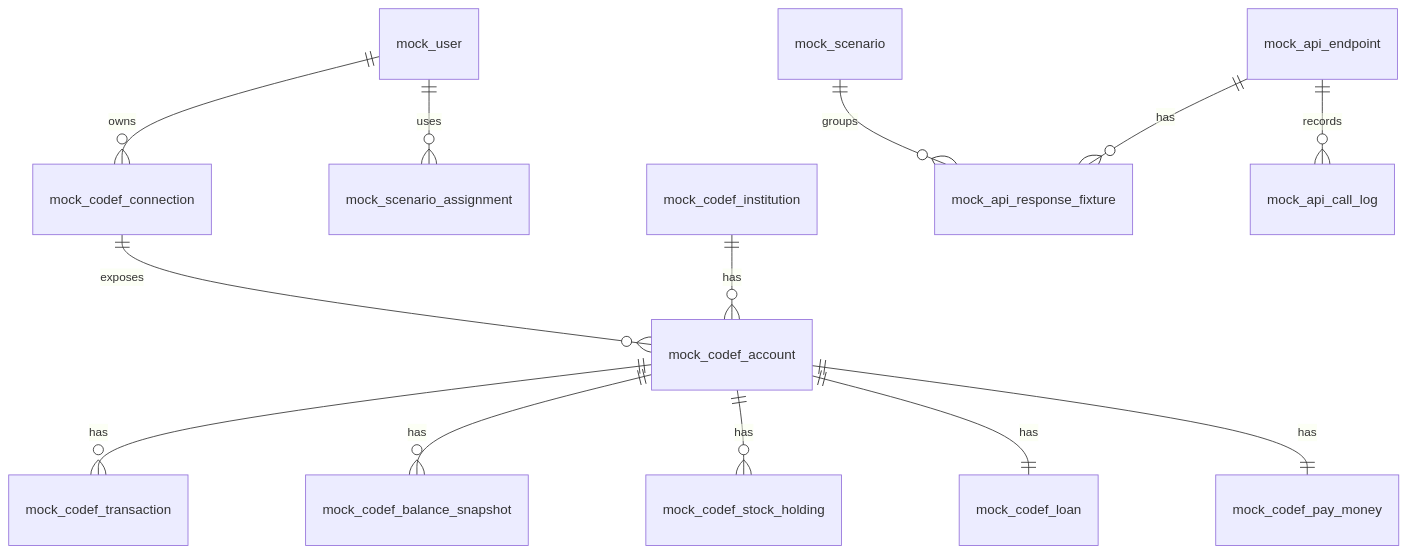
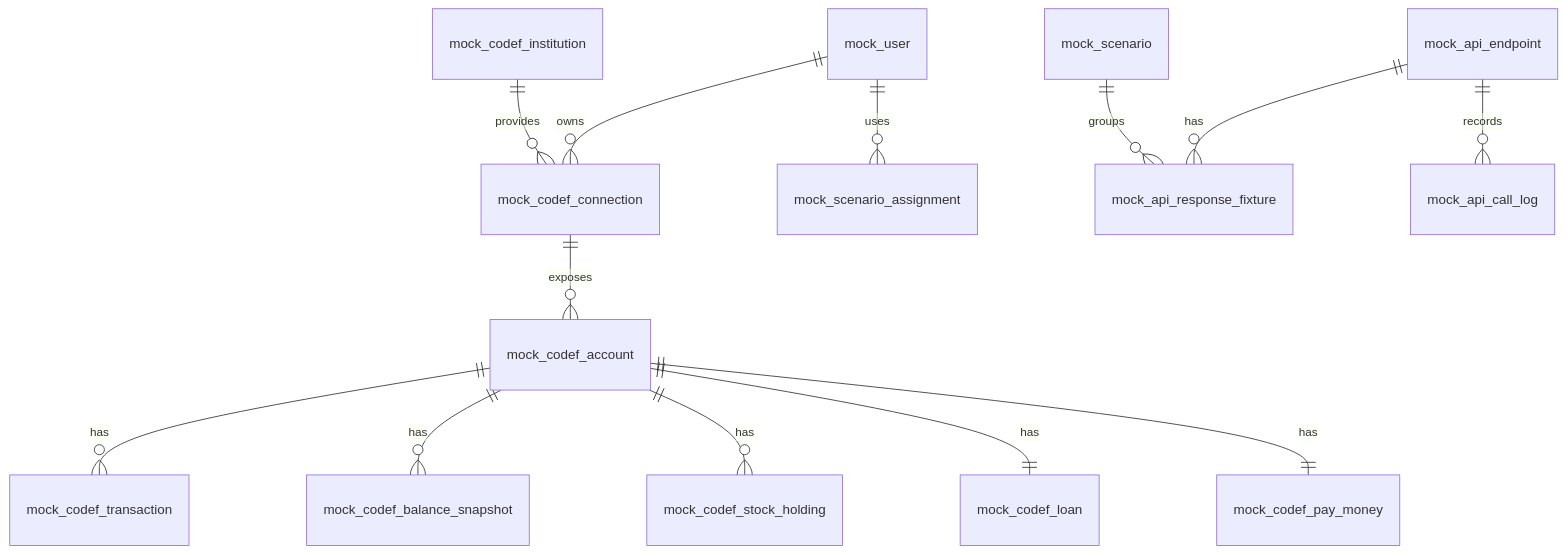
Before and after one commit to KB-TangTang/Financial-Mock-Server: the diagram in README.md, drawn with Mermaid. The commit also changed 2 other files, not shown here.

Commit message:
fix: 금융기관 연결에서 다른 은행 계좌들이 중복해서 나타나는 문제 해결 #6

````diff
--- a/README.md
+++ b/README.md
@@ -22,15 +22,15 @@
 ```mermaid
 erDiagram
     mock_user ||--o{ mock_codef_connection : owns
     mock_user ||--o{ mock_scenario_assignment : uses
-    mock_codef_institution ||--o{ mock_codef_account : has
+    mock_codef_institution ||--o{ mock_codef_connection : provides
     mock_codef_connection ||--o{ mock_codef_account : exposes
     mock_codef_account ||--o{ mock_codef_transaction : has
     mock_codef_account ||--o{ mock_codef_balance_snapshot : has
     mock_codef_account ||--o{ mock_codef_stock_holding : has
     mock_codef_account ||--|| mock_codef_loan : has
     mock_codef_account ||--|| mock_codef_pay_money : has
     mock_api_endpoint ||--o{ mock_api_response_fixture : has
     mock_scenario ||--o{ mock_api_response_fixture : groups
     mock_api_endpoint ||--o{ mock_api_call_log : records
 ```
````
